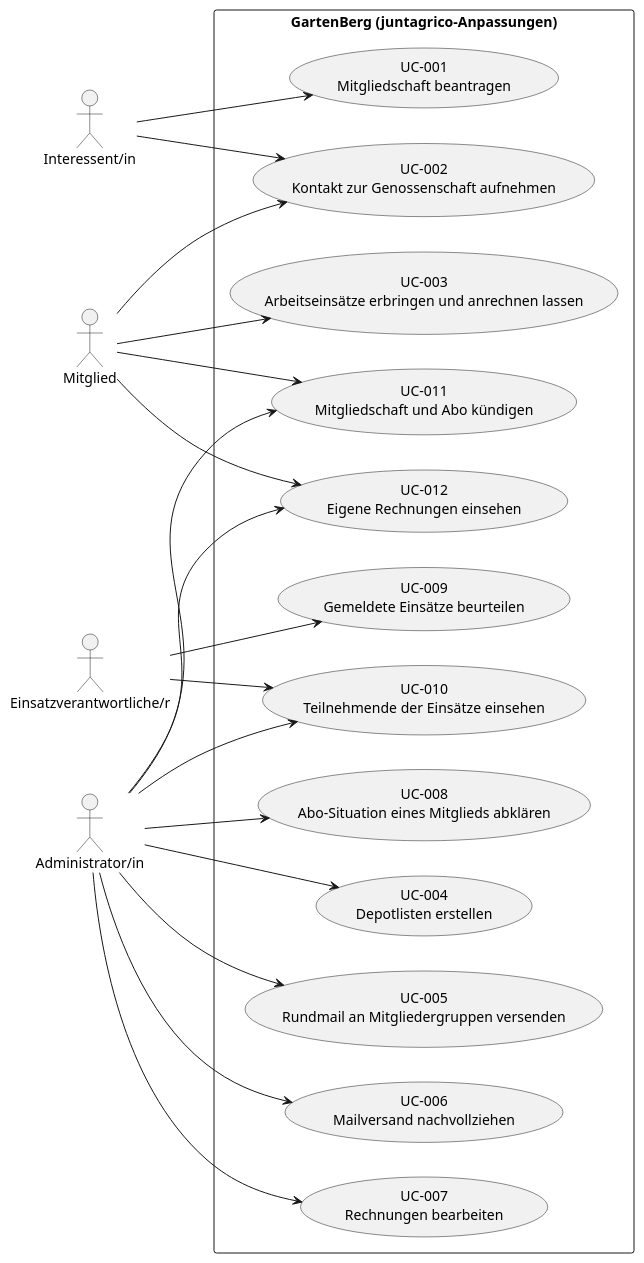
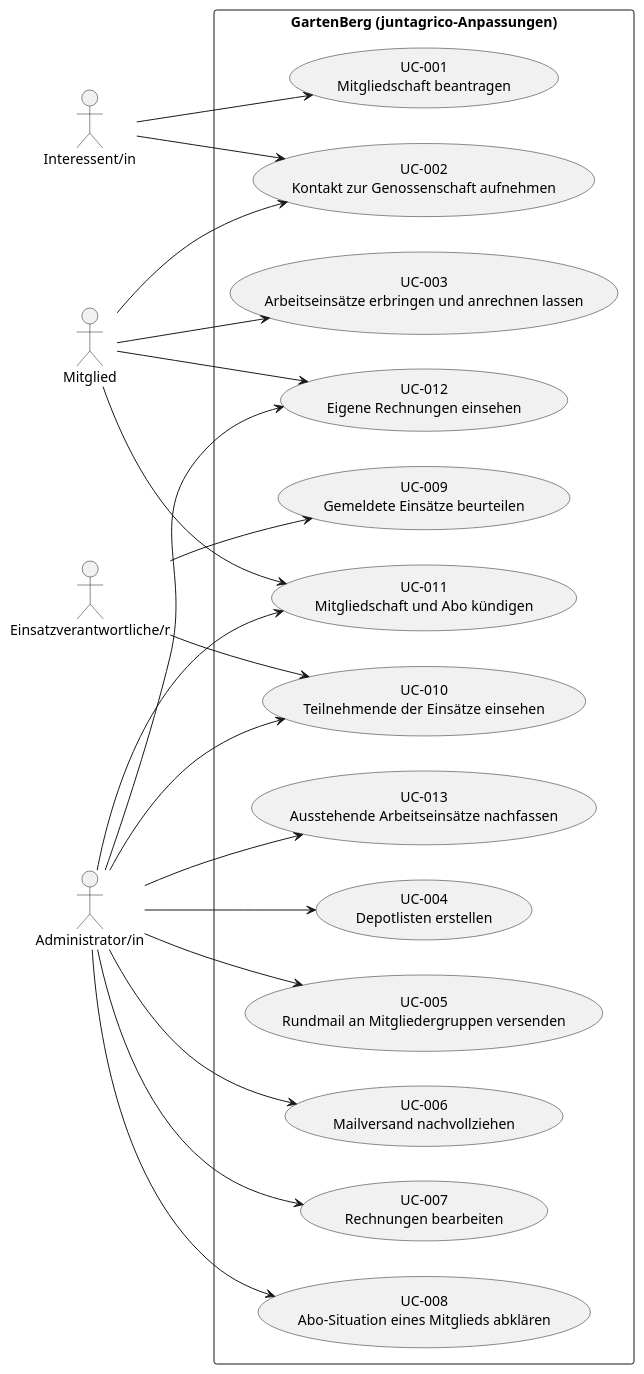
One commit to gartenbergCH/gartenberg changed the diagram in docs/use_cases.puml. Above: the diagram before and after it, drawn with PlantUML. The commit also changed 8 other files, not shown here.

```diff
--- a/docs/use_cases.puml
+++ b/docs/use_cases.puml
@@ -1,44 +1,46 @@
 @startuml Use Cases Overview
 left to right direction
 
 actor "Interessent/in" as prospect
 actor "Mitglied" as member
 actor "Einsatzverantwortliche/r" as approver
 actor "Administrator/in" as admin
 
 rectangle "GartenBerg (juntagrico-Anpassungen)" {
     usecase "UC-001\nMitgliedschaft beantragen" as UC001
     usecase "UC-002\nKontakt zur Genossenschaft aufnehmen" as UC002
     usecase "UC-003\nArbeitseinsätze erbringen und anrechnen lassen" as UC003
     usecase "UC-004\nDepotlisten erstellen" as UC004
     usecase "UC-005\nRundmail an Mitgliedergruppen versenden" as UC005
     usecase "UC-006\nMailversand nachvollziehen" as UC006
     usecase "UC-007\nRechnungen bearbeiten" as UC007
     usecase "UC-008\nAbo-Situation eines Mitglieds abklären" as UC008
     usecase "UC-009\nGemeldete Einsätze beurteilen" as UC009
     usecase "UC-010\nTeilnehmende der Einsätze einsehen" as UC010
     usecase "UC-011\nMitgliedschaft und Abo kündigen" as UC011
     usecase "UC-012\nEigene Rechnungen einsehen" as UC012
+    usecase "UC-013\nAusstehende Arbeitseinsätze nachfassen" as UC013
 }
 
 prospect --> UC001
 prospect --> UC002
 
 member --> UC002
 member --> UC003
 member --> UC011
 member --> UC012
 
 approver --> UC009
 approver --> UC010
 
 admin --> UC004
 admin --> UC005
 admin --> UC006
 admin --> UC007
 admin --> UC008
 admin --> UC010
 admin --> UC011
 admin --> UC012
+admin --> UC013
 
 @enduml
```
